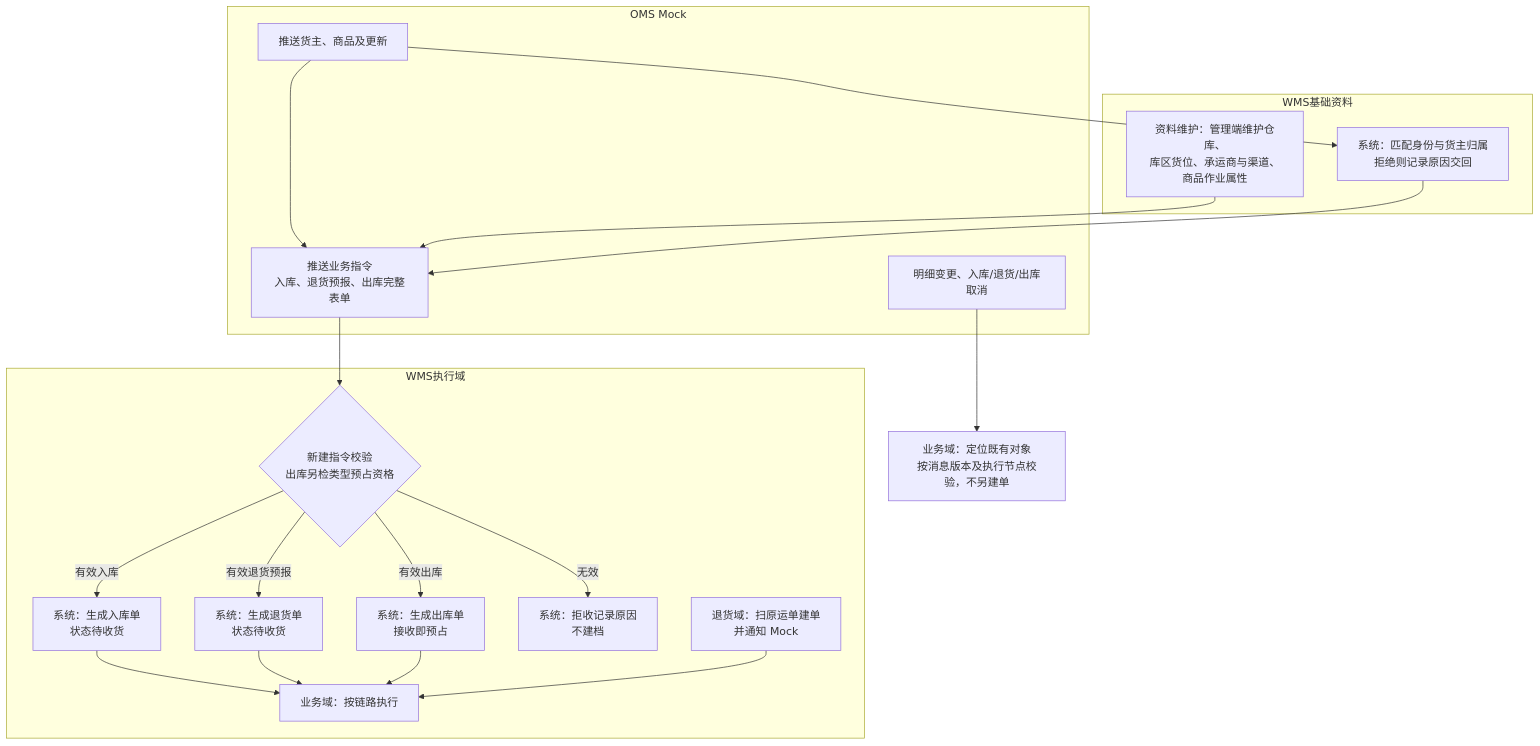
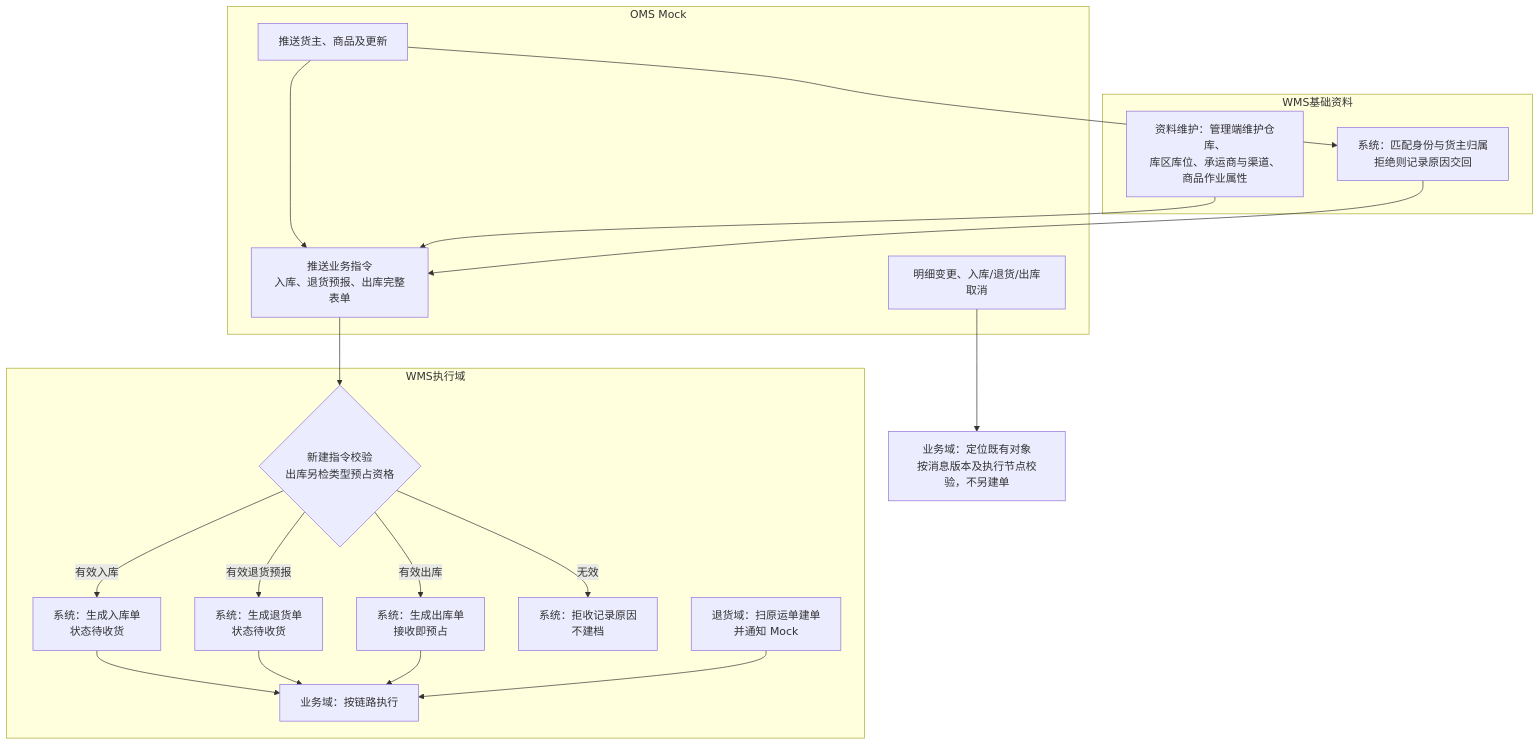
One commit to TopVitamin/QS-WMS-Project changed the first of 6 diagrams in 05-应用设计方案/20261002-MVP版本/系统架构设计/01-系统流程与单据交互.md. Above: the diagram before and after it, drawn with Mermaid. The commit also changed other lines of this file and 139 other files, not shown here.

````diff
--- a/05-应用设计方案/20261002-MVP版本/系统架构设计/01-系统流程与单据交互.md
+++ b/05-应用设计方案/20261002-MVP版本/系统架构设计/01-系统流程与单据交互.md
@@ -22,33 +23,33 @@
 ```mermaid
 flowchart TB
     subgraph OMS Mock
         A[推送货主、商品及更新] --> B[推送业务指令<br/>入库、退货预报、出库完整表单]
         D[明细变更、入库/退货/出库取消]
     end
     subgraph WMS基础资料
         M1[系统：匹配身份与货主归属<br/>拒绝则记录原因交回]
-        M2[资料维护：管理端维护仓库、<br/>库区货位、承运商与渠道、商品作业属性]
+        M2[资料维护：管理端维护仓库、<br/>库区库位、承运商与渠道、商品作业属性]
     end
     subgraph WMS执行域
         E1{新建指令校验<br/>出库另检类型预占资格}
         E2[系统：生成入库单<br/>状态待收货]
         E2R[系统：生成退货单<br/>状态待收货]
         E3[系统：生成出库单<br/>接收即预占]
         E4[系统：拒收记录原因<br/>不建档]
         W2R[退货域：扫原运单建单<br/>并通知 Mock]
         F[业务域：按链路执行]
     end
     A --> M1
     M2 --> B
     M1 --> B
     B --> E1
     E1 -->|有效入库| E2
     E1 -->|有效退货预报| E2R
     E1 -->|有效出库| E3
     E1 -->|无效| E4
     E2 --> F
     E2R --> F
     E3 --> F
     W2R --> F
     D --> V[业务域：定位既有对象<br/>按消息版本及执行节点校验，不另建单]
 ```
````
